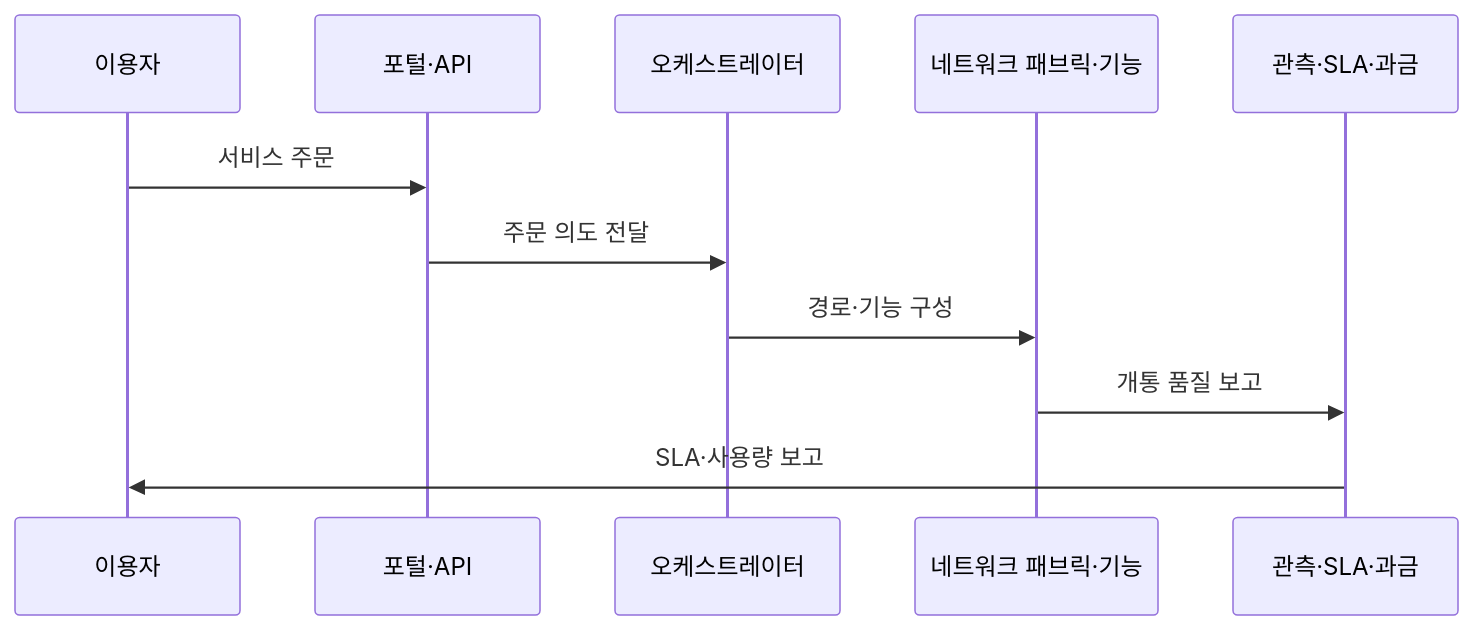
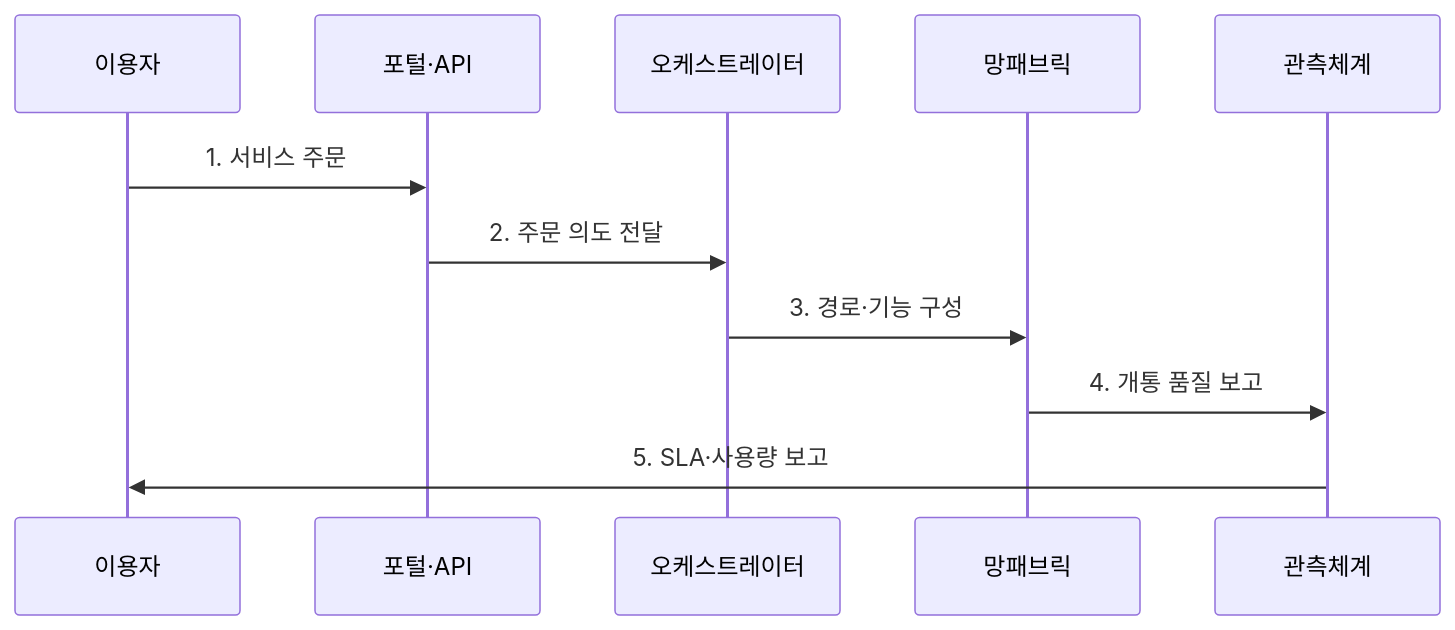
Before and after one commit to agnusdei1207/knowledge-base: the second of 2 diagrams in src/content/docs/notes/04-network/060_network_as_a_service.md, drawn with Mermaid. The commit also changed other lines of this file and 20 other files, not shown here.

````diff
--- a/src/content/docs/notes/04-network/060_network_as_a_service.md
+++ b/src/content/docs/notes/04-network/060_network_as_a_service.md
@@ -91,13 +82,13 @@
 ```mermaid
 sequenceDiagram
-    participant U as 이용자
-    participant P as 포털·API
-    participant O as 오케스트레이터
-    participant F as 네트워크 패브릭·기능
-    participant A as 관측·SLA·과금
-    U->>P: 서비스 주문
-    P->>O: 주문 의도 전달
-    O->>F: 경로·기능 구성
-    F->>A: 개통 품질 보고
-    A->>U: SLA·사용량 보고
+    participant 이용자
+    participant 포털·API
+    participant 오케스트레이터
+    participant 망패브릭
+    participant 관측체계
+    이용자->>포털·API: 1. 서비스 주문
+    포털·API->>오케스트레이터: 2. 주문 의도 전달
+    오케스트레이터->>망패브릭: 3. 경로·기능 구성
+    망패브릭->>관측체계: 4. 개통 품질 보고
+    관측체계->>이용자: 5. SLA·사용량 보고
 ```
````
